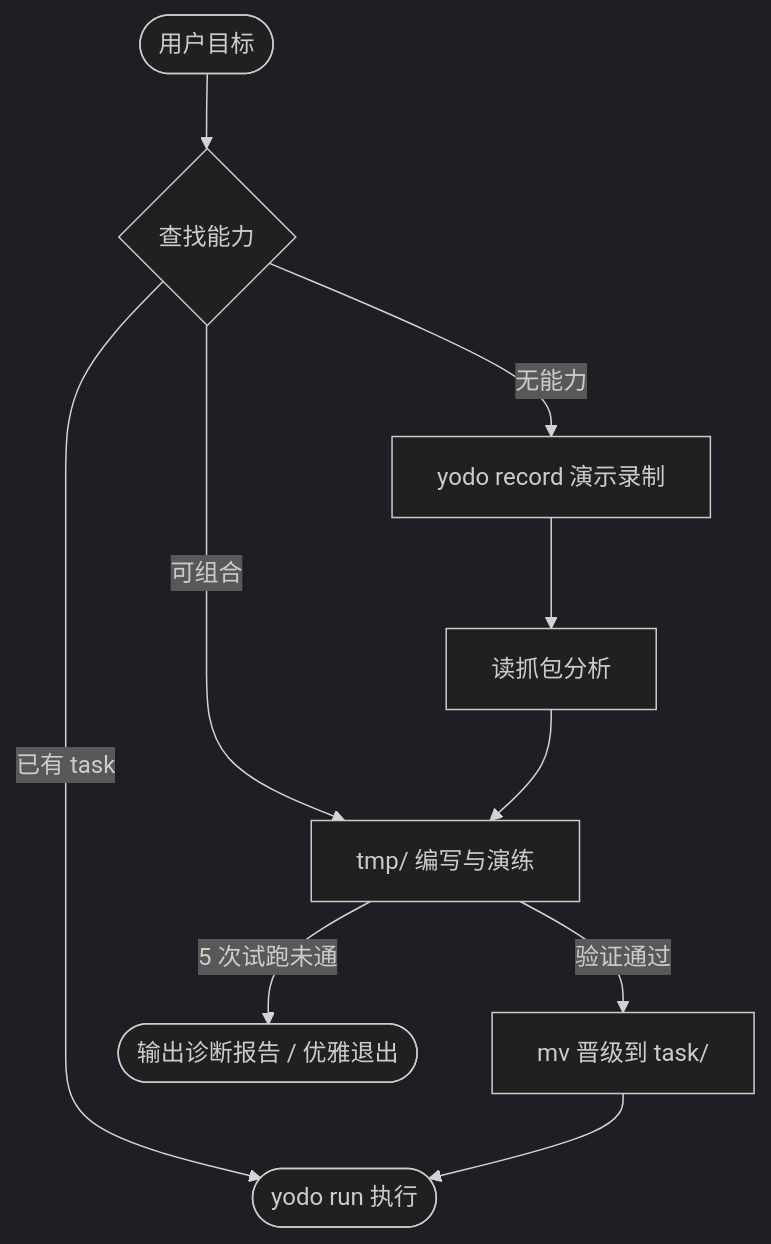
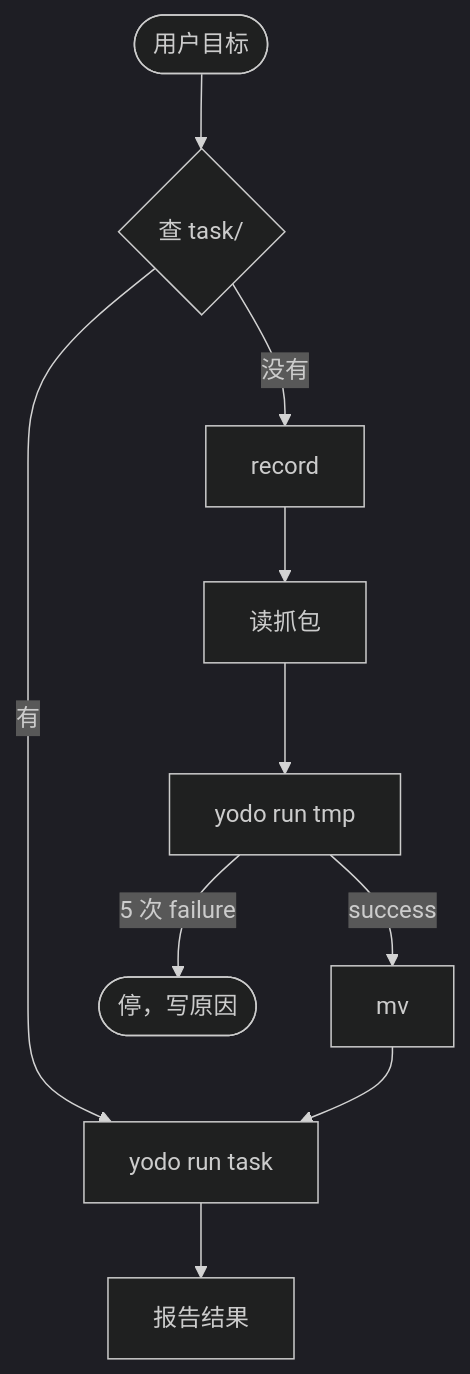
One commit to yanggggjie/yodo changed the diagram in README.md. Above: the diagram before and after it, drawn with Mermaid (dark theme). The commit also changed other lines of this file and 24 other files, not shown here.

First line of the commit message:
Align skill, CLI, and record on task/run/request.

````diff
--- a/README.md
+++ b/README.md
@@ -5,14 +7,11 @@
 ```mermaid
 flowchart TD
-    Start([用户目标]) --> Find{查找能力}
-
-    Find -->|已有 task| Run([yodo run 执行])
-    Find -->|可组合| Draft[tmp/ 编写与演练]
-
-    Find -->|无能力| Record[yodo record 演示录制]
-    Record --> Learn[读抓包分析]
-    Learn --> Draft
-
-    Draft -->|验证通过| Promote[mv 晋级到 task/] --> Run
-    Draft -->|5 次试跑未通| Exit([输出诊断报告 / 优雅退出])
+    Goal([用户目标]) --> Find{查 task/}
+    Find -->|有| RunTask[yodo run task]
+    Find -->|没有| Record[record]
+    Record --> Read[读抓包]
+    Read --> RunTmp[yodo run tmp]
+    RunTmp -->|success| Mv[mv] --> RunTask
+    RunTmp -->|5 次 failure| Stop([停，写原因])
+    RunTask --> Report[报告结果]
 ```
````
